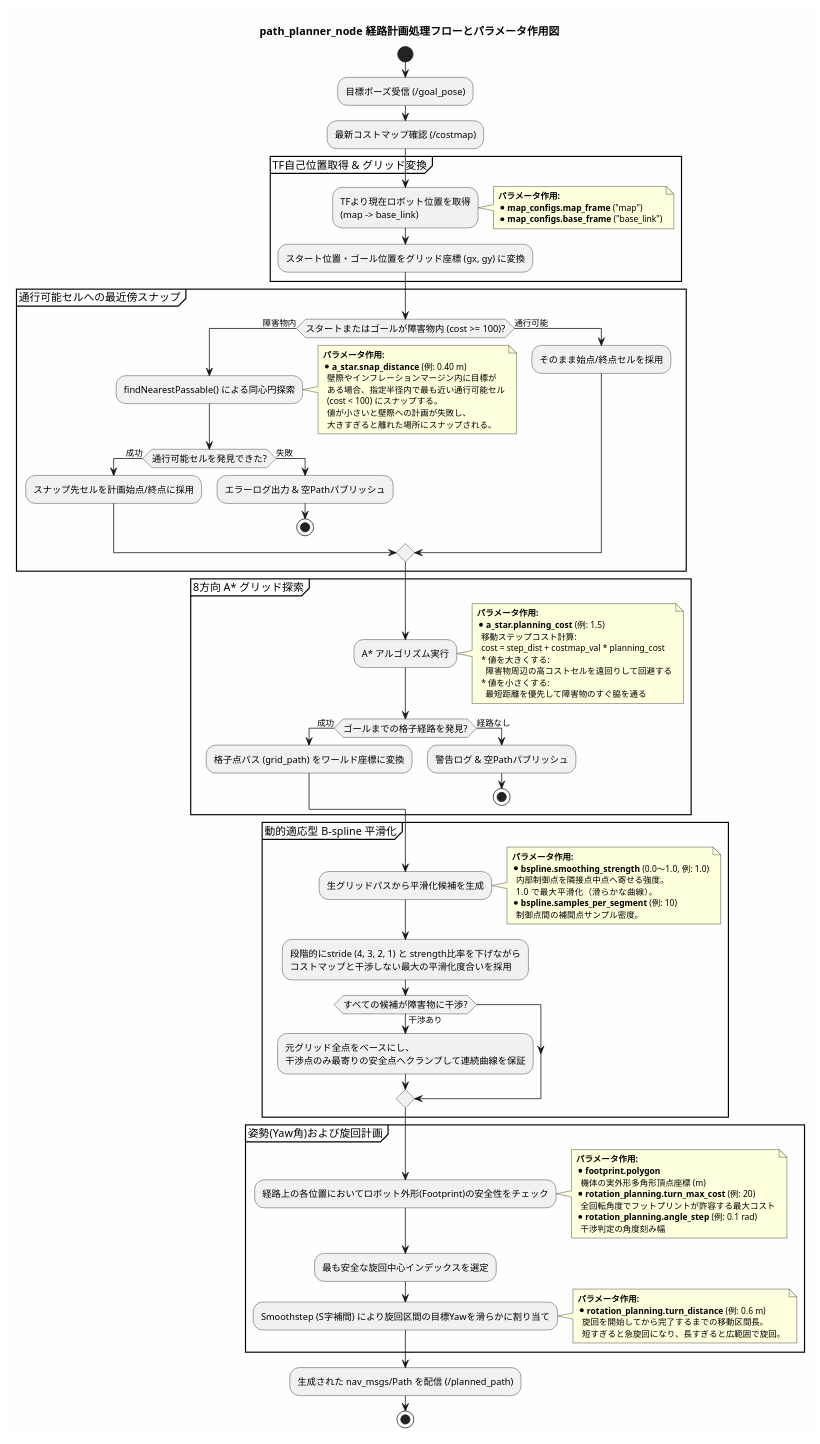
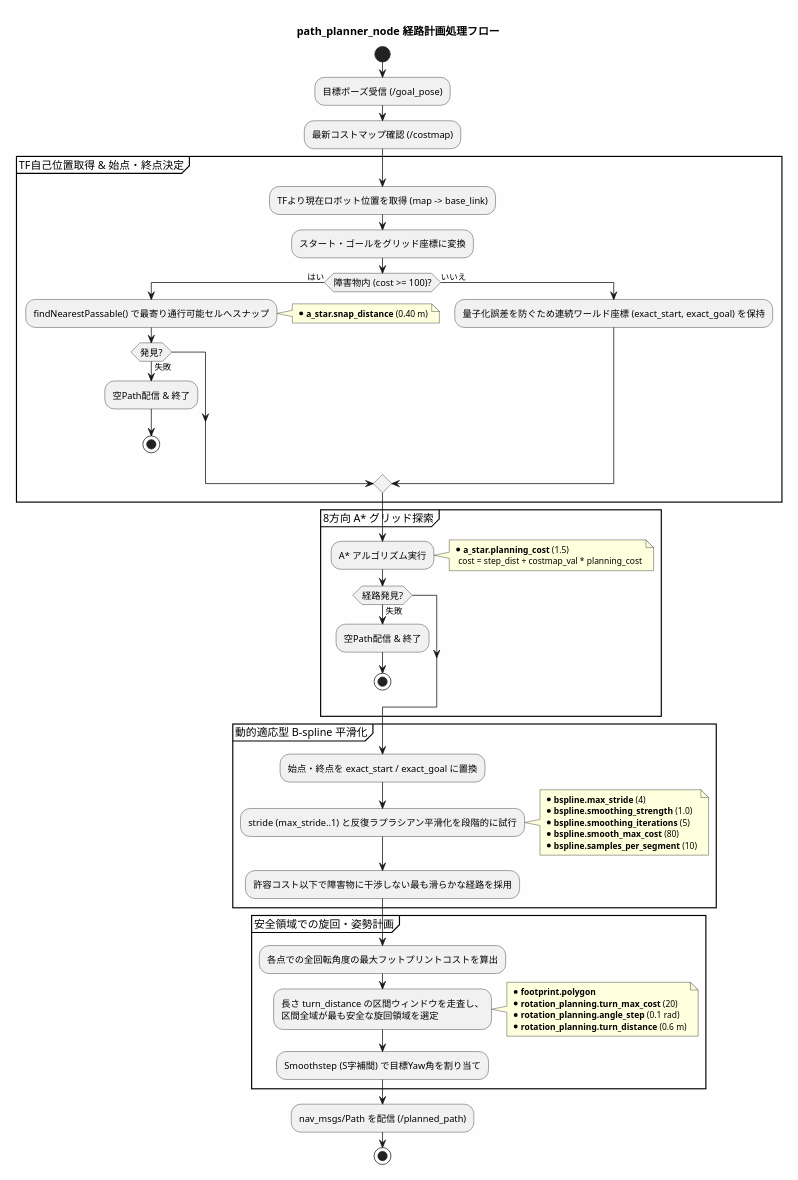
Before and after one commit to tmcit-ararobo-2026a/gn10-navigation: the diagram in docs/path_planner_flow.pu, drawn with PlantUML. The commit also changed 10 other files, not shown here.

```diff
--- a/docs/path_planner_flow.pu
+++ b/docs/path_planner_flow.pu
@@ -1,107 +1,71 @@
 @startuml path_planner_flow
 skinparam backgroundColor #FEFEFE
 skinparam activityFontSize 12
 skinparam noteFontSize 11
 
-title path_planner_node 経路計画処理フローとパラメータ作用図
+title path_planner_node 経路計画処理フロー
 
 start
 
 :目標ポーズ受信 (/goal_pose);
 :最新コストマップ確認 (/costmap);
 
-partition "TF自己位置取得 & グリッド変換" {
-    :TFより現在ロボット位置を取得\n(map -> base_link);
-    note right
-      <b>パラメータ作用:</b>
-      * <b>map_configs.map_frame</b> ("map")
-      * <b>map_configs.base_frame</b> ("base_link")
-    end note
-    :スタート位置・ゴール位置をグリッド座標 (gx, gy) に変換;
-}
-
-partition "通行可能セルへの最近傍スナップ" {
-    if (スタートまたはゴールが障害物内 (cost >= 100)?) then (障害物内)
-        :findNearestPassable() による同心円探索;
+partition "TF自己位置取得 & 始点・終点決定" {
+    :TFより現在ロボット位置を取得 (map -> base_link);
+    :スタート・ゴールをグリッド座標に変換;
+    if (障害物内 (cost >= 100)?) then (はい)
+        :findNearestPassable() で最寄り通行可能セルへスナップ;
         note right
-          <b>パラメータ作用:</b>
-          * <b>a_star.snap_distance</b> (例: 0.40 m)
-            壁際やインフレーションマージン内に目標が
-            ある場合、指定半径内で最も近い通行可能セル
-            (cost < 100) にスナップする。
-            値が小さいと壁際への計画が失敗し、
-            大きすぎると離れた場所にスナップされる。
+          * <b>a_star.snap_distance</b> (0.40 m)
         end note
-        if (通行可能セルを発見できた?) then (成功)
-            :スナップ先セルを計画始点/終点に採用;
-        else (失敗)
-            :エラーログ出力 & 空Pathパブリッシュ;
+        if (発見?) then (失敗)
+            :空Path配信 & 終了;
             stop
-        end if
-    else (通行可能)
-        :そのまま始点/終点セルを採用;
-    end if
+        endif
+    else (いいえ)
+        :量子化誤差を防ぐため連続ワールド座標 (exact_start, exact_goal) を保持;
+    endif
 }
 
 partition "8方向 A* グリッド探索" {
     :A* アルゴリズム実行;
     note right
-      <b>パラメータ作用:</b>
-      * <b>a_star.planning_cost</b> (例: 1.5)
-        移動ステップコスト計算:
+      * <b>a_star.planning_cost</b> (1.5)
         cost = step_dist + costmap_val * planning_cost
-        * 値を大きくする:
-          障害物周辺の高コストセルを遠回りして回避する
-        * 値を小さくする:
-          最短距離を優先して障害物のすぐ脇を通る
     end note
-    if (ゴールまでの格子経路を発見?) then (成功)
-        :格子点パス (grid_path) をワールド座標に変換;
-    else (経路なし)
-        :警告ログ & 空Pathパブリッシュ;
+    if (経路発見?) then (失敗)
+        :空Path配信 & 終了;
         stop
-    end if
+    endif
 }
 
 partition "動的適応型 B-spline 平滑化" {
-    :生グリッドパスから平滑化候補を生成;
+    :始点・終点を exact_start / exact_goal に置換;
+    :stride (max_stride..1) と反復ラプラシアン平滑化を段階的に試行;
     note right
-      <b>パラメータ作用:</b>
-      * <b>bspline.smoothing_strength</b> (0.0〜1.0, 例: 1.0)
-        内部制御点を隣接点中点へ寄せる強度。
-        1.0 で最大平滑化（滑らかな曲線）。
-      * <b>bspline.samples_per_segment</b> (例: 10)
-        制御点間の補間点サンプル密度。
+      * <b>bspline.max_stride</b> (4)
+      * <b>bspline.smoothing_strength</b> (1.0)
+      * <b>bspline.smoothing_iterations</b> (5)
+      * <b>bspline.smooth_max_cost</b> (80)
+      * <b>bspline.samples_per_segment</b> (10)
     end note
-    :段階的にstride (4, 3, 2, 1) と strength比率を下げながら\nコストマップと干渉しない最大の平滑化度合いを採用;
-    if (すべての候補が障害物に干渉?) then (干渉あり)
-        :元グリッド全点をベースにし、\n干渉点のみ最寄りの安全点へクランプして連続曲線を保証;
-    end if
+    :許容コスト以下で障害物に干渉しない最も滑らかな経路を採用;
 }
 
-partition "姿勢(Yaw角)および旋回計画" {
-    :経路上の各位置においてロボット外形(Footprint)の安全性をチェック;
+partition "安全領域での旋回・姿勢計画" {
+    :各点での全回転角度の最大フットプリントコストを算出;
+    :長さ turn_distance の区間ウィンドウを走査し、\n区間全域が最も安全な旋回領域を選定;
     note right
-      <b>パラメータ作用:</b>
       * <b>footprint.polygon</b>
-        機体の実外形多角形頂点座標 (m)
-      * <b>rotation_planning.turn_max_cost</b> (例: 20)
-        全回転角度でフットプリントが許容する最大コスト
-      * <b>rotation_planning.angle_step</b> (例: 0.1 rad)
-        干渉判定の角度刻み幅
+      * <b>rotation_planning.turn_max_cost</b> (20)
+      * <b>rotation_planning.angle_step</b> (0.1 rad)
+      * <b>rotation_planning.turn_distance</b> (0.6 m)
     end note
-    :最も安全な旋回中心インデックスを選定;
-    :Smoothstep (S字補間) により旋回区間の目標Yawを滑らかに割り当て;
-    note right
-      <b>パラメータ作用:</b>
-      * <b>rotation_planning.turn_distance</b> (例: 0.6 m)
-        旋回を開始してから完了するまでの移動区間長。
-        短すぎると急旋回になり、長すぎると広範囲で旋回。
-    end note
+    :Smoothstep (S字補間) で目標Yaw角を割り当て;
 }
 
-:生成された nav_msgs/Path を配信 (/planned_path);
+:nav_msgs/Path を配信 (/planned_path);
 
 stop
 
 @enduml
```
